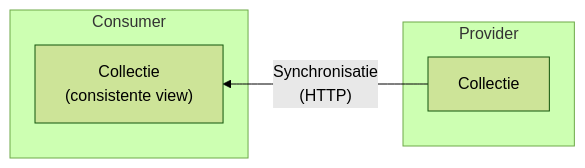
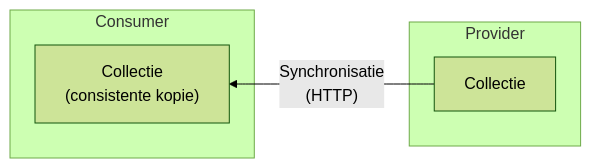
The first of 3 diagrams in docs/api-ontwikkeling/architectuur/synchronisatie-van-collecties.md (terborg/don-site), drawn with Mermaid (forest theme) before and after one commit. The commit also changed other lines of this file, not shown here.

````diff
--- a/docs/api-ontwikkeling/architectuur/synchronisatie-van-collecties.md
+++ b/docs/api-ontwikkeling/architectuur/synchronisatie-van-collecties.md
@@ -16,12 +16,12 @@
 ```mermaid
 graph RL
   subgraph Consumer
     mirror["`Collectie
-             (consistente view)`"]
+             (consistente kopie)`"]
   end
   subgraph Provider
     rc["`Collectie`"]
   end
   rc --"`Synchronisatie
         (HTTP)`"--> mirror
 ```
````
